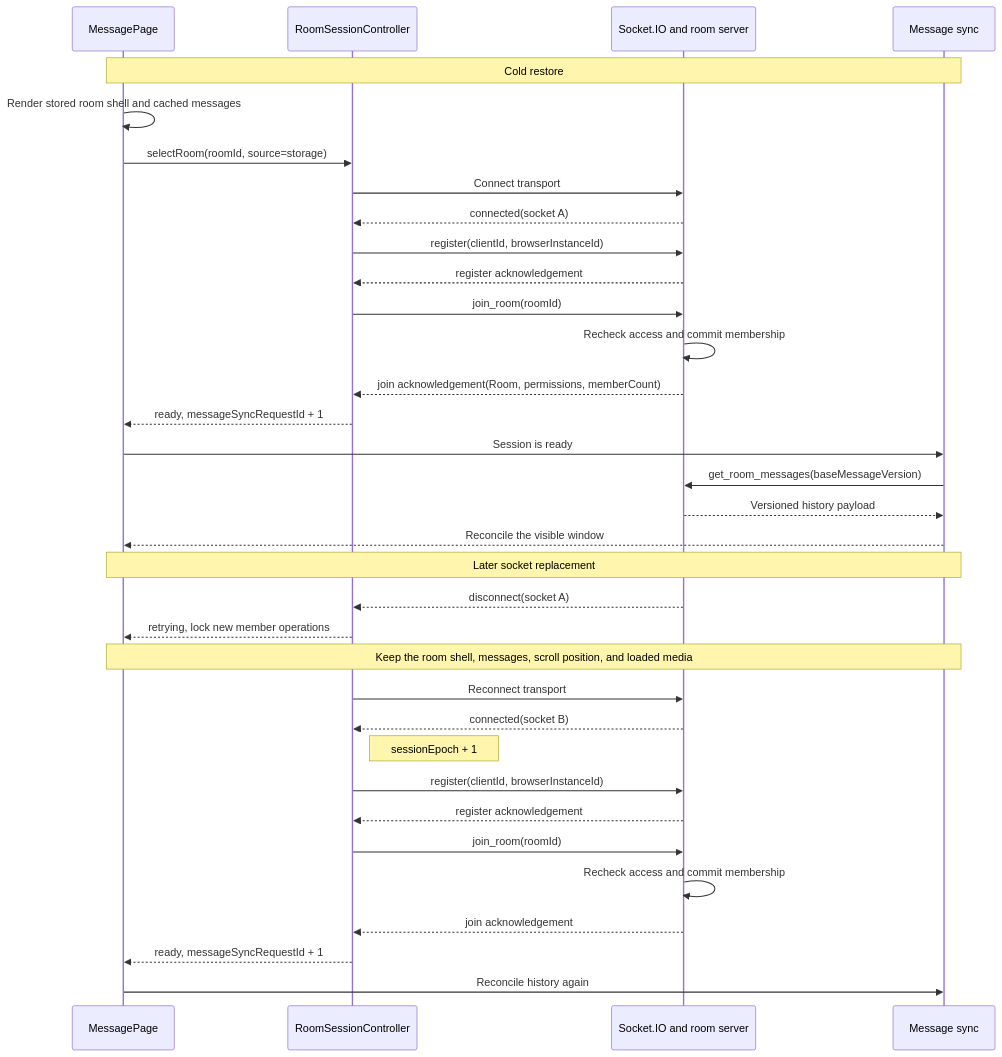
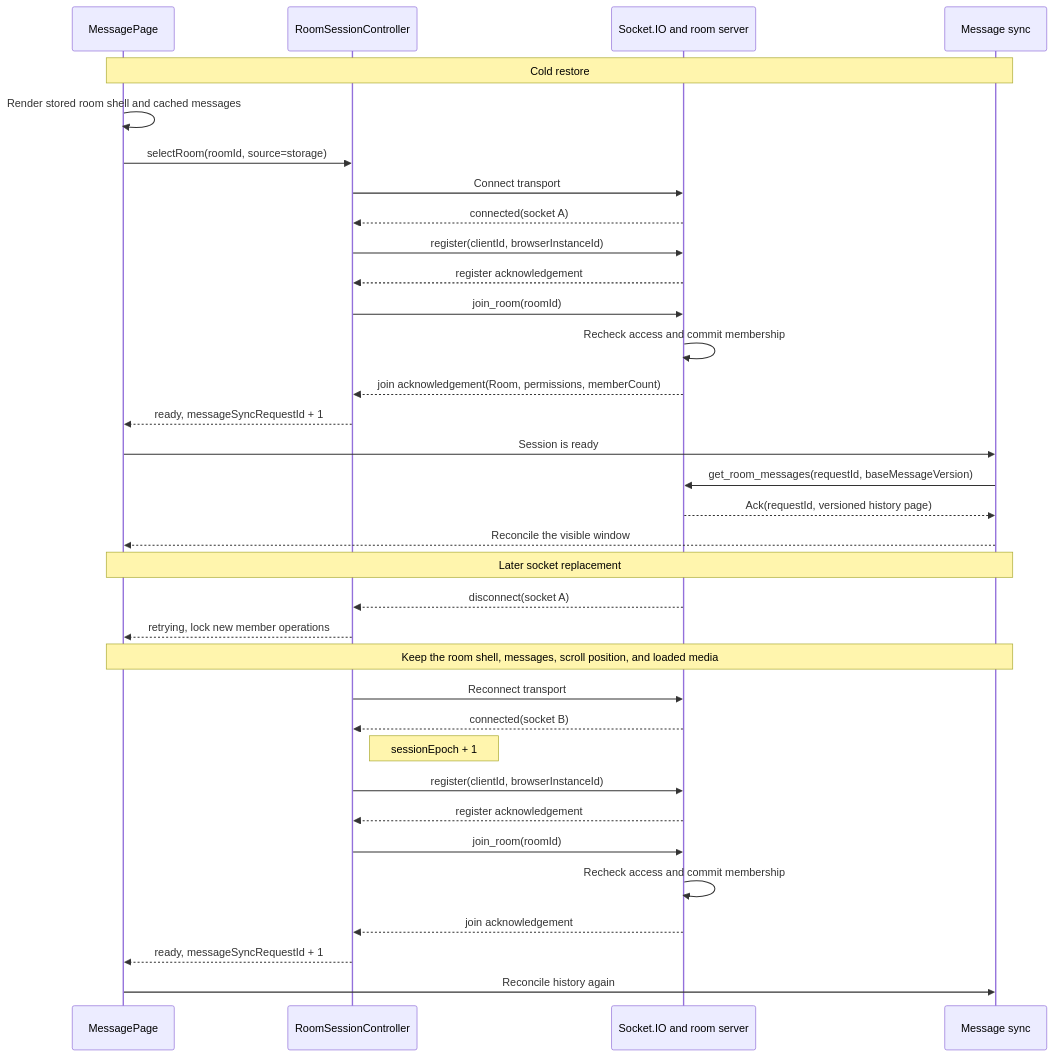
Before and after one commit to Skymore/roomtalk: the diagram in docs/room-reliability-architecture.md, drawn with Mermaid. The commit also changed other lines of this file and 23 other files, not shown here.

Commit message:
fix: converge room state and history recovery

````diff
--- a/docs/room-reliability-architecture.md
+++ b/docs/room-reliability-architecture.md
@@ -97,38 +99,38 @@
 ```mermaid
 sequenceDiagram
     participant Page as MessagePage
     participant Session as RoomSessionController
     participant Server as Socket.IO and room server
     participant Messages as Message sync
 
     Note over Page,Messages: Cold restore
     Page->>Page: Render stored room shell and cached messages
     Page->>Session: selectRoom(roomId, source=storage)
     Session->>Server: Connect transport
     Server-->>Session: connected(socket A)
     Session->>Server: register(clientId, browserInstanceId)
     Server-->>Session: register acknowledgement
     Session->>Server: join_room(roomId)
     Server->>Server: Recheck access and commit membership
     Server-->>Session: join acknowledgement(Room, permissions, memberCount)
     Session-->>Page: ready, messageSyncRequestId + 1
     Page->>Messages: Session is ready
-    Messages->>Server: get_room_messages(baseMessageVersion)
-    Server-->>Messages: Versioned history payload
+    Messages->>Server: get_room_messages(requestId, baseMessageVersion)
+    Server-->>Messages: Ack(requestId, versioned history page)
     Messages-->>Page: Reconcile the visible window
 
     Note over Page,Messages: Later socket replacement
     Server-->>Session: disconnect(socket A)
     Session-->>Page: retrying, lock new member operations
     Note over Page,Messages: Keep the room shell, messages, scroll position, and loaded media
     Session->>Server: Reconnect transport
     Server-->>Session: connected(socket B)
     Note right of Session: sessionEpoch + 1
     Session->>Server: register(clientId, browserInstanceId)
     Server-->>Session: register acknowledgement
     Session->>Server: join_room(roomId)
     Server->>Server: Recheck access and commit membership
     Server-->>Session: join acknowledgement
     Session-->>Page: ready, messageSyncRequestId + 1
     Page->>Messages: Reconcile history again
 ```
````
